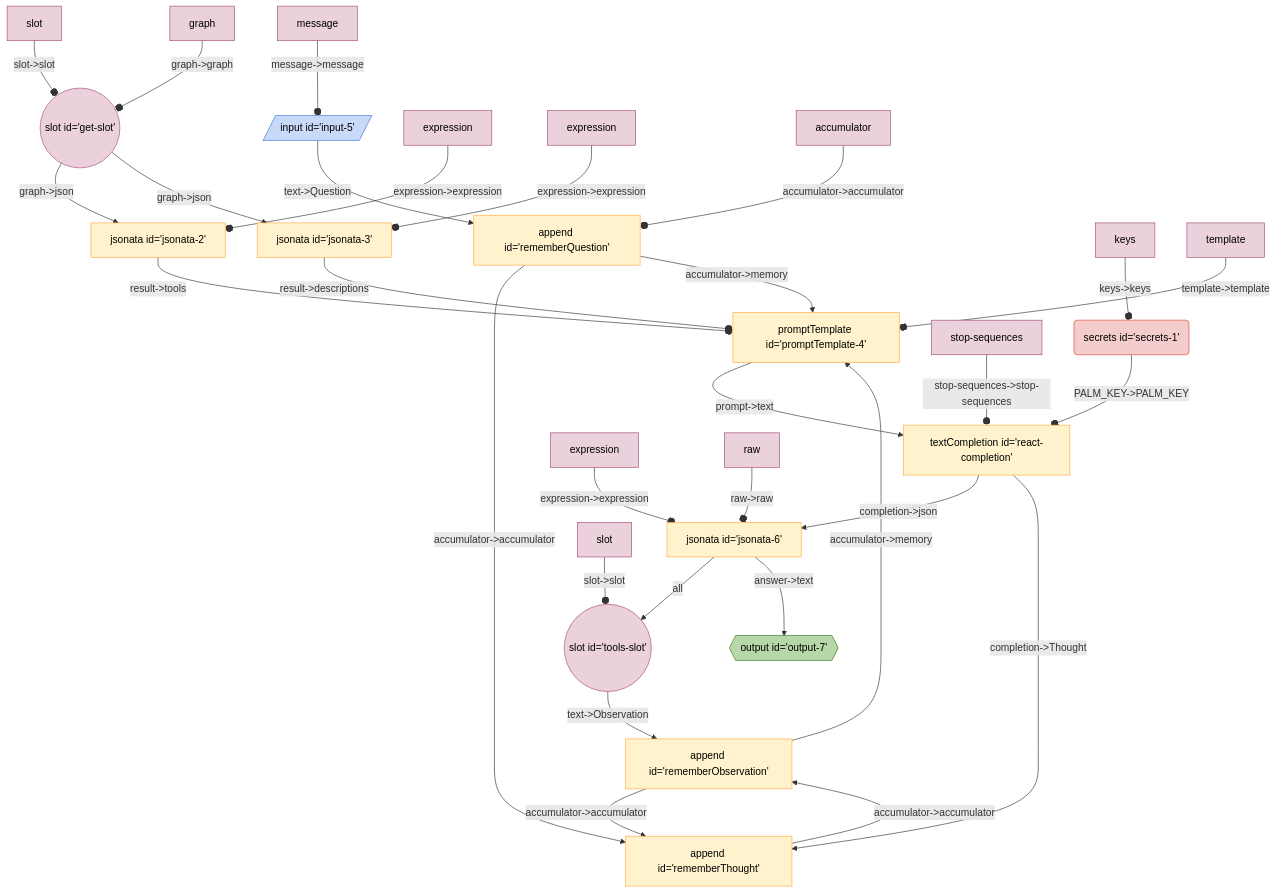
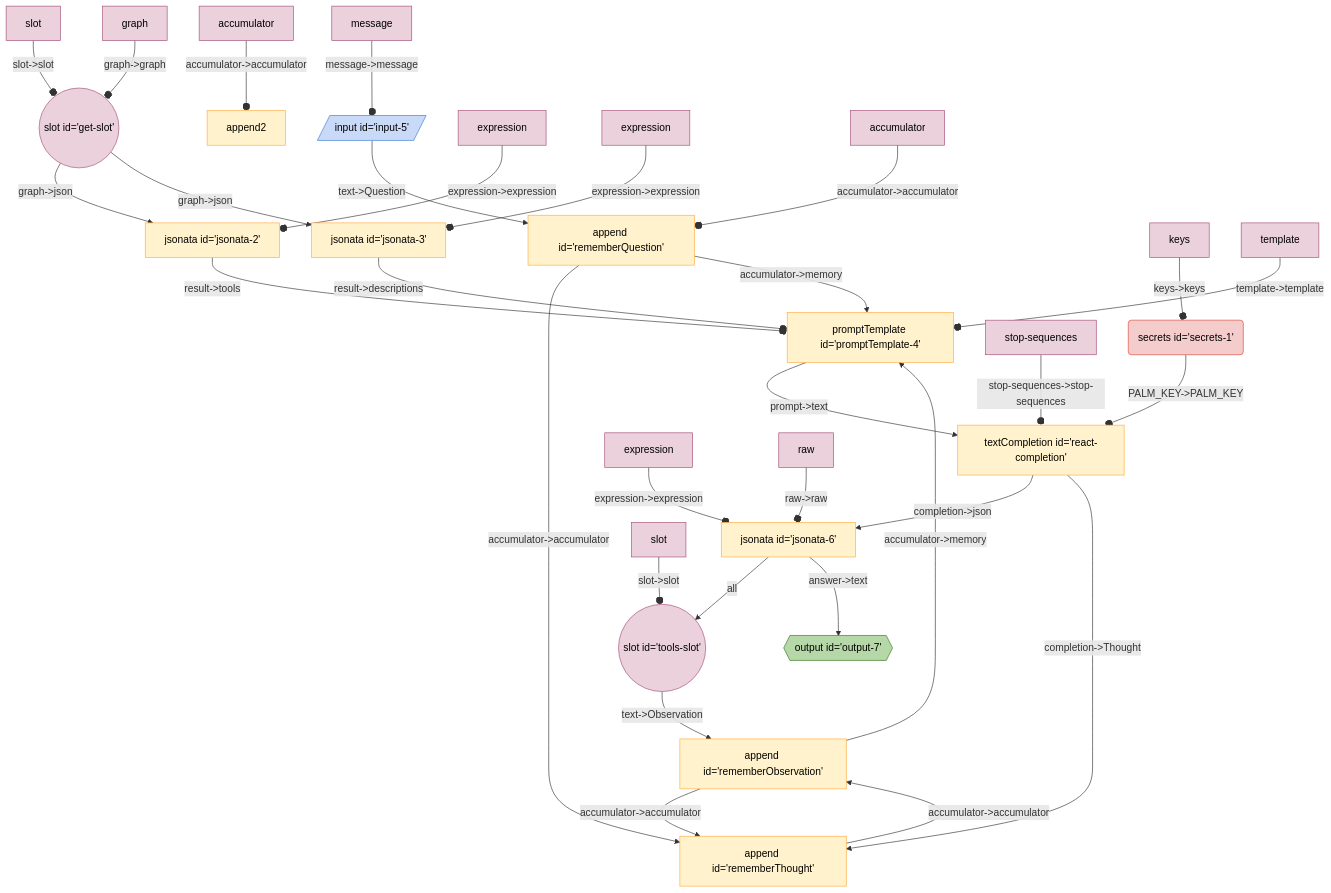
The diagram in seeds/graph-playground/docs/graphs/react-with-slot.md (breadboard-ai/breadboard), drawn with Mermaid before and after one commit. The commit also changed other lines of this file and 1 other file, not shown here.

Commit message:
[llm-starter] Teach `react-with-slot` to use `append`.
Doesn't yet work.

````diff
--- a/seeds/graph-playground/docs/graphs/react-with-slot.md
+++ b/seeds/graph-playground/docs/graphs/react-with-slot.md
@@ -5,41 +6,42 @@
-  ```mermaid
-  %%{init: 'themeVariables': { 'fontFamily': 'Fira Code, monospace' }}%%
+```mermaid
+%%{init: 'themeVariables': { 'fontFamily': 'Fira Code, monospace' }}%%
 graph TD;
 getslot(("slot id='get-slot'")):::slot -- "graph->json" --> jsonata2["jsonata id='jsonata-2'"]
 getslot(("slot id='get-slot'")):::slot -- "graph->json" --> jsonata3["jsonata id='jsonata-3'"]
 jsonata3["jsonata id='jsonata-3'"] -- "result->descriptions" --o promptTemplate4["promptTemplate id='promptTemplate-4'"]
 jsonata2["jsonata id='jsonata-2'"] -- "result->tools" --o promptTemplate4["promptTemplate id='promptTemplate-4'"]
 rememberObservation["append id='rememberObservation'"] -- "accumulator->memory" --> promptTemplate4["promptTemplate id='promptTemplate-4'"]
 rememberThought["append id='rememberThought'"] -- "accumulator->accumulator" --> rememberObservation["append id='rememberObservation'"]
 rememberObservation["append id='rememberObservation'"] -- "accumulator->accumulator" --> rememberThought["append id='rememberThought'"]
 rememberQuestion["append id='rememberQuestion'"] -- "accumulator->accumulator" --> rememberThought["append id='rememberThought'"]
 rememberQuestion["append id='rememberQuestion'"] -- "accumulator->memory" --> promptTemplate4["promptTemplate id='promptTemplate-4'"]
 input5[/"input id='input-5'"/]:::input -- "text->Question" --> rememberQuestion["append id='rememberQuestion'"]
 secrets1("secrets id='secrets-1'"):::secrets -- "PALM_KEY->PALM_KEY" --o reactcompletion["textCompletion id='react-completion'"]
 toolsslot(("slot id='tools-slot'")):::slot -- "text->Observation" --> rememberObservation["append id='rememberObservation'"]
 jsonata6["jsonata id='jsonata-6'"] -- all --> toolsslot(("slot id='tools-slot'")):::slot
 jsonata6["jsonata id='jsonata-6'"] -- "answer->text" --> output7{{"output id='output-7'"}}:::output
 reactcompletion["textCompletion id='react-completion'"] -- "completion->json" --> jsonata6["jsonata id='jsonata-6'"]
 reactcompletion["textCompletion id='react-completion'"] -- "completion->Thought" --> rememberThought["append id='rememberThought'"]
 promptTemplate4["promptTemplate id='promptTemplate-4'"] -- "prompt->text" --> reactcompletion["textCompletion id='react-completion'"]
 keyssecrets1[keys]:::config -- "keys->keys" --o secrets1
+accumulatorappend2[accumulator]:::config -- "accumulator->accumulator" --o append2
 slotgetslot[slot]:::config -- "slot->slot" --o getslot
 graphgetslot[graph]:::config -- "graph->graph" --o getslot
 expressionjsonata2[expression]:::config -- "expression->expression" --o jsonata2
 expressionjsonata3[expression]:::config -- "expression->expression" --o jsonata3
 templatepromptTemplate4[template]:::config -- "template->template" --o promptTemplate4
 accumulatorrememberQuestion[accumulator]:::config -- "accumulator->accumulator" --o rememberQuestion
 messageinput5[message]:::config -- "message->message" --o input5
 stopsequencesreactcompletion[stop-sequences]:::config -- "stop-sequences->stop-sequences" --o reactcompletion
 expressionjsonata6[expression]:::config -- "expression->expression" --o jsonata6
 rawjsonata6[raw]:::config -- "raw->raw" --o jsonata6
 slottoolsslot[slot]:::config -- "slot->slot" --o toolsslot
 classDef default stroke:#ffab40,fill:#fff2ccff,color:#000
 classDef input stroke:#3c78d8,fill:#c9daf8ff,color:#000
 classDef output stroke:#38761d,fill:#b6d7a8ff,color:#000
 classDef passthrough stroke:#a64d79,fill:#ead1dcff,color:#000
 classDef slot stroke:#a64d79,fill:#ead1dcff,color:#000
 classDef config stroke:#a64d79,fill:#ead1dcff,color:#000
 classDef secrets stroke:#db4437,fill:#f4cccc,color:#000
 classDef slotted stroke:#a64d79
-  ```
+```
````
